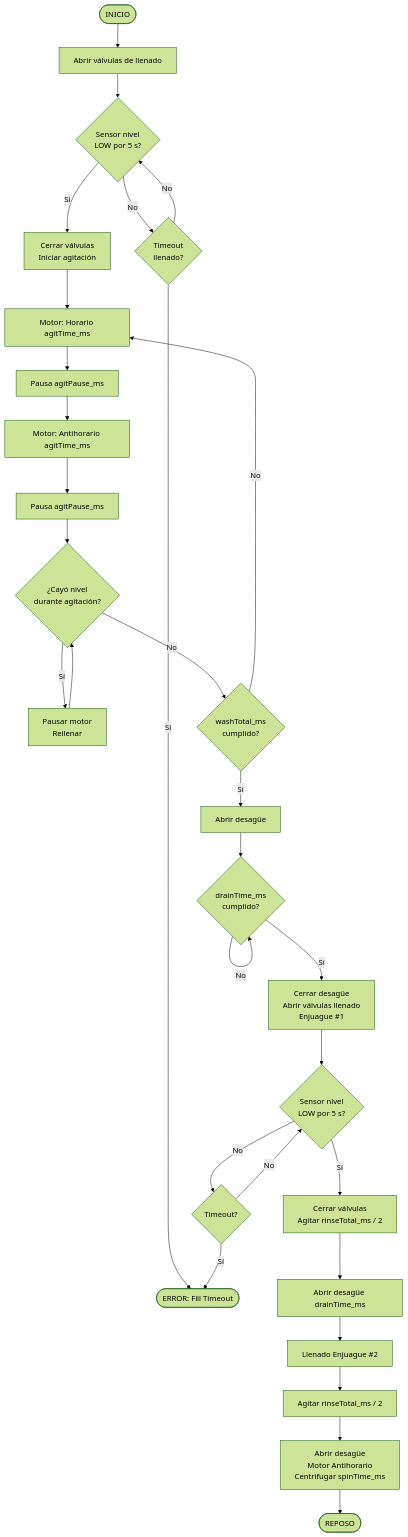
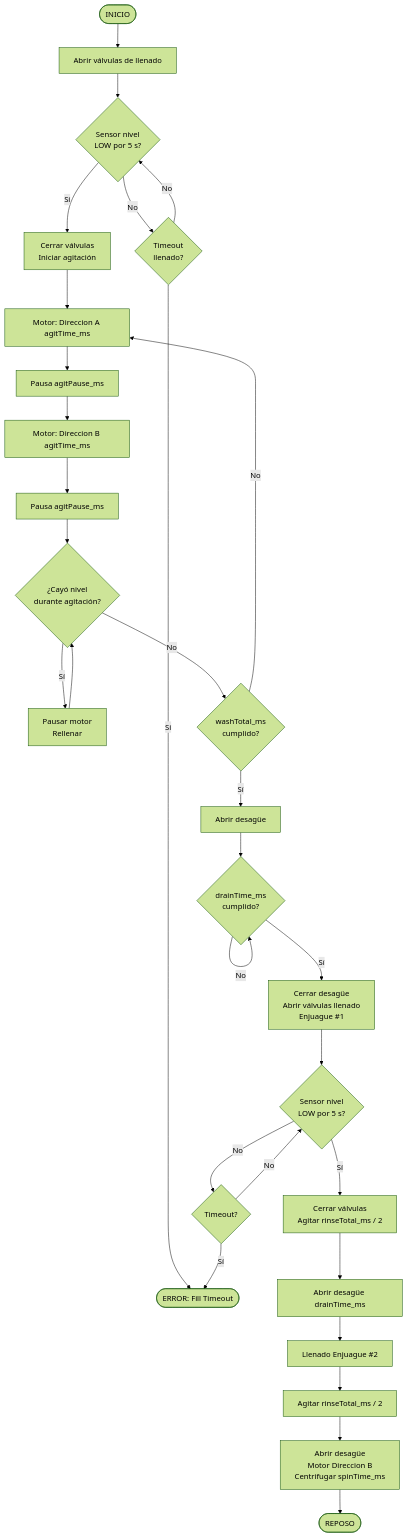
Before and after one commit to carlosD2884MK/Lavadora-ESP32: the second of 6 diagrams in MANUAL.md, drawn with Mermaid (forest theme). The commit also changed other lines of this file and 6 other files, not shown here.

````diff
--- a/MANUAL.md
+++ b/MANUAL.md
@@ -187,35 +194,35 @@
 ```mermaid
 flowchart TD
     A([INICIO]) --> B[Abrir válvulas de llenado]
     B --> C{Sensor nivel\nLOW por 5 s?}
     C -- No --> D{Timeout\nllenado?}
     D -- No --> C
     D -- Sí --> ERR([ERROR: Fill Timeout])
     C -- Sí --> E[Cerrar válvulas\nIniciar agitación]
 
-    E --> F[Motor: Horario agitTime_ms]
+    E --> F[Motor: Direccion A agitTime_ms]
     F --> G[Pausa agitPause_ms]
-    G --> H[Motor: Antihorario agitTime_ms]
+    G --> H[Motor: Direccion B agitTime_ms]
     H --> I[Pausa agitPause_ms]
     I --> J{¿Cayó nivel\ndurante agitación?}
     J -- Sí --> K[Pausar motor\nRellenar]
     K --> J
     J -- No --> L{washTotal_ms\ncumplido?}
     L -- No --> F
     L -- Sí --> M[Abrir desagüe]
 
     M --> N{drainTime_ms\ncumplido?}
     N -- No --> N
     N -- Sí --> O[Cerrar desagüe\nAbrir válvulas llenado\nEnjuague #1]
     O --> P{Sensor nivel\nLOW por 5 s?}
     P -- No --> Q{Timeout?}
     Q -- Sí --> ERR
     Q -- No --> P
     P -- Sí --> R[Cerrar válvulas\nAgitar rinseTotal_ms / 2]
 
     R --> S[Abrir desagüe drainTime_ms]
     S --> T[Llenado Enjuague #2]
     T --> U[Agitar rinseTotal_ms / 2]
-    U --> V[Abrir desagüe\nMotor Antihorario\nCentrifugar spinTime_ms]
+    U --> V[Abrir desagüe\nMotor Direccion B\nCentrifugar spinTime_ms]
     V --> W([REPOSO])
 ```
````
